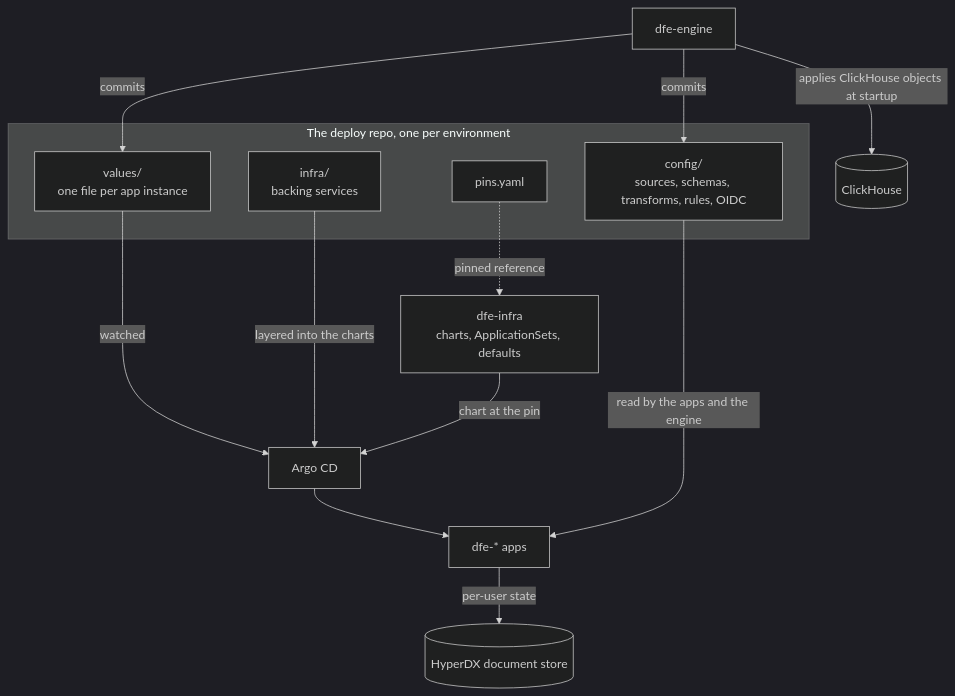
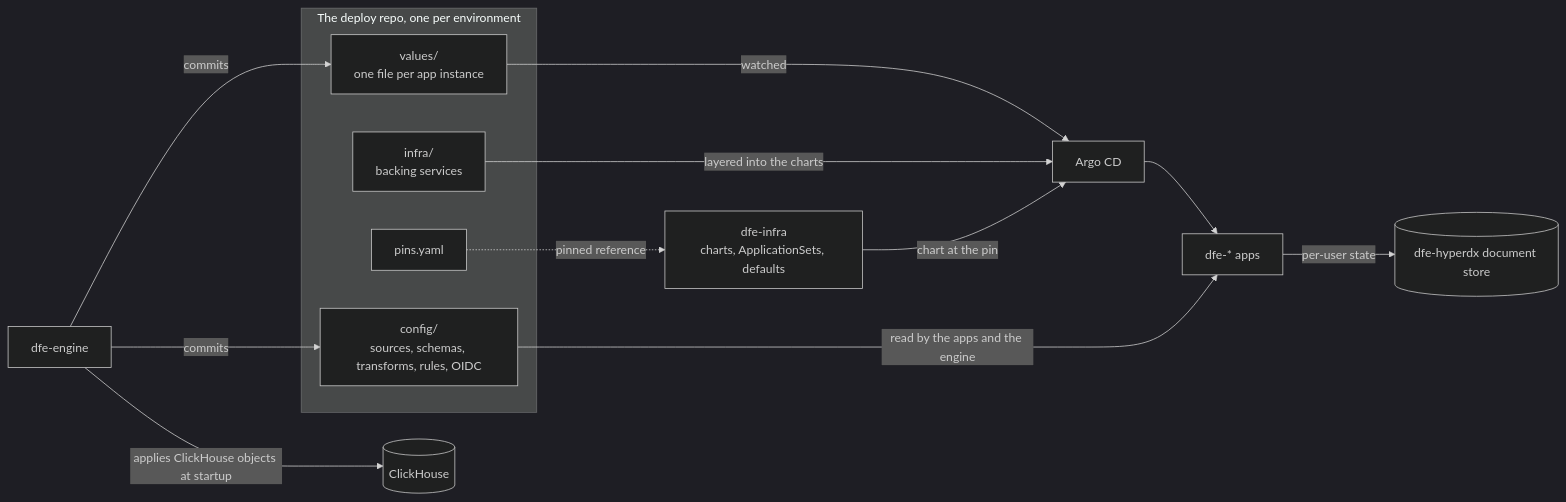
Before and after one commit to hyperi-io/dfe-infra: the diagram in docs/deployment/state-and-repos.md, drawn with Mermaid (dark theme). The commit also changed other lines of this file and 93 other files, not shown here.

````diff
--- a/docs/deployment/state-and-repos.md
+++ b/docs/deployment/state-and-repos.md
@@ -25,26 +35,26 @@
 ```mermaid
-flowchart TB
+flowchart LR
     INFRA["dfe-infra<br/>charts, ApplicationSets, defaults"]
     subgraph DEPLOY["The deploy repo, one per environment"]
         PINS["pins.yaml"]
         VALUES["values/<br/>one file per app instance"]
         INFRADIR["infra/<br/>backing services"]
         CONFIG["config/<br/>sources, schemas, transforms, rules, OIDC"]
     end
     ENGINE["dfe-engine"]
     ARGO["Argo CD"]
     APPS["dfe-* apps"]
     CH[("ClickHouse")]
-    DOCDB[("HyperDX document store")]
+    DOCDB[("dfe-hyperdx document store")]
 
     PINS -. "pinned reference" .-> INFRA
     ENGINE -->|"commits"| VALUES
     ENGINE -->|"commits"| CONFIG
     VALUES -->|"watched"| ARGO
     INFRADIR -->|"layered into the charts"| ARGO
     INFRA -->|"chart at the pin"| ARGO
     ARGO --> APPS
     CONFIG -->|"read by the apps and the engine"| APPS
     ENGINE -->|"applies ClickHouse objects at startup"| CH
     APPS -->|"per-user state"| DOCDB
 ```
````
